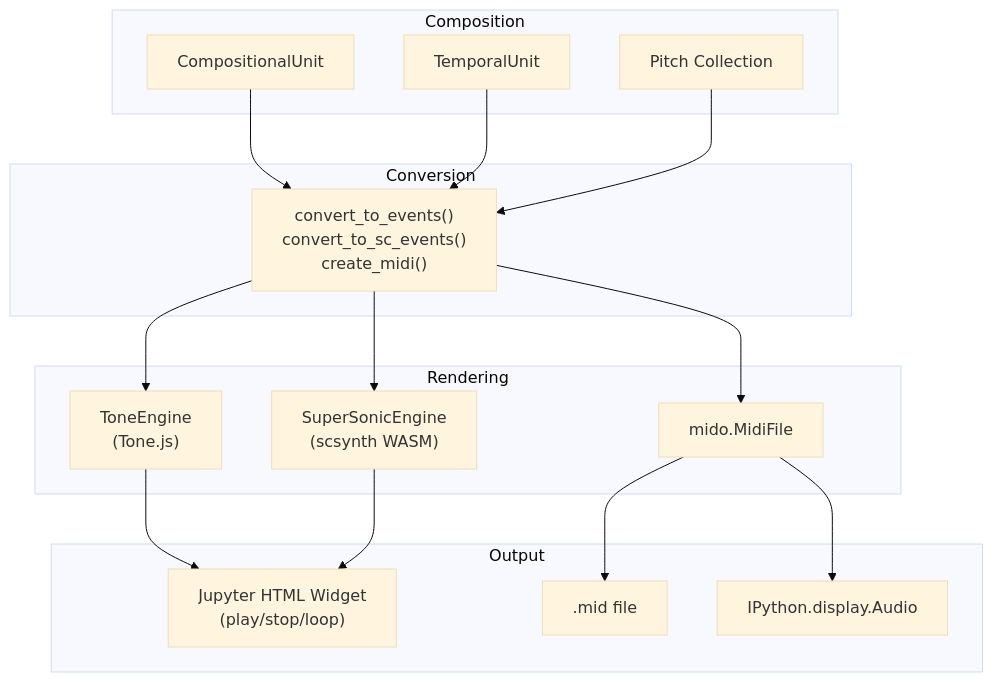
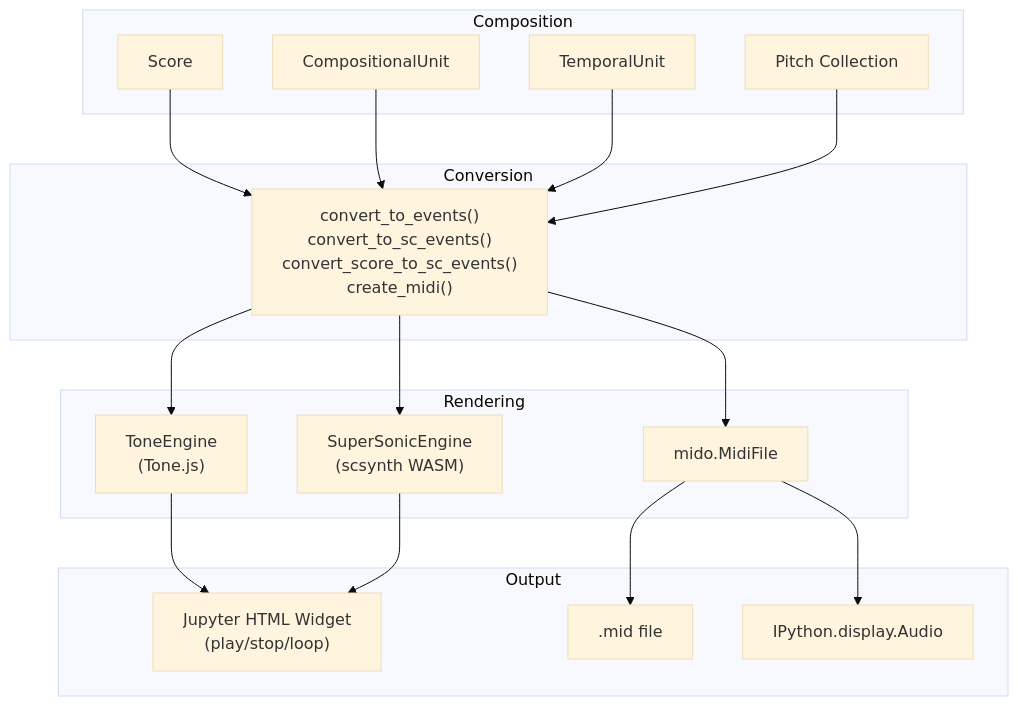
Before and after one commit to kr4g/Klotho: the sixth of 6 diagrams in docs/architecture/07_PLAYBACK.md, drawn with Mermaid (base theme). The commit also changed other lines of this file and 13 other files, not shown here.

First line of the commit message:
Overhaul architecture docs for Klotho 10.x API

````diff
--- a/docs/architecture/07_PLAYBACK.md
+++ b/docs/architecture/07_PLAYBACK.md
@@ -390,37 +441,39 @@
 ```mermaid
 flowchart TD
     subgraph "Composition"
+        SCR["Score"]
         UC["CompositionalUnit"]
         UT["TemporalUnit"]
         PC["Pitch Collection"]
     end
 
     subgraph "Conversion"
-        CONV["convert_to_events()<br/>convert_to_sc_events()<br/>create_midi()"]
+        CONV["convert_to_events()<br/>convert_to_sc_events()<br/>convert_score_to_sc_events()<br/>create_midi()"]
     end
 
     subgraph "Rendering"
         TONE["ToneEngine<br/>(Tone.js)"]
         SS["SuperSonicEngine<br/>(scsynth WASM)"]
         MIDI["mido.MidiFile"]
     end
 
     subgraph "Output"
         WIDGET["Jupyter HTML Widget<br/>(play/stop/loop)"]
         FILE[".mid file"]
         AUDIO["IPython.display.Audio"]
     end
 
+    SCR --> CONV
     UC --> CONV
     UT --> CONV
     PC --> CONV
 
     CONV --> TONE
     CONV --> SS
     CONV --> MIDI
 
     TONE --> WIDGET
     SS --> WIDGET
     MIDI --> FILE
     MIDI --> AUDIO
 ```
````
